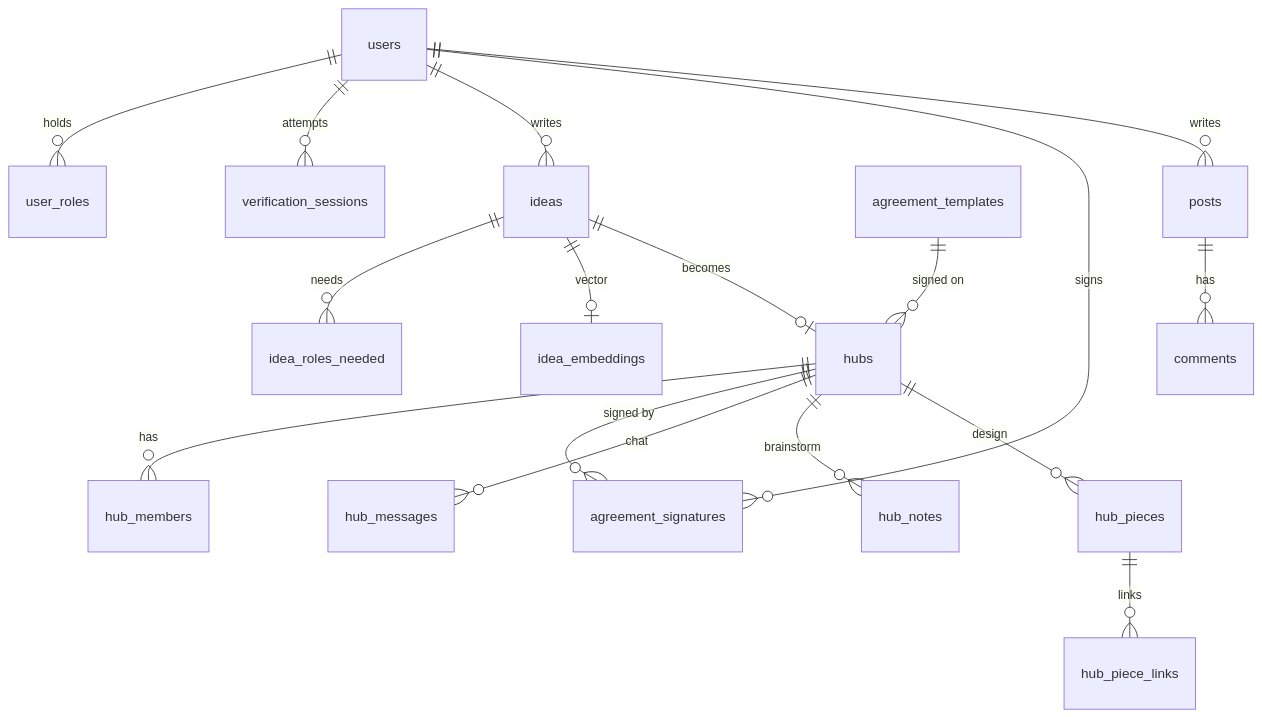
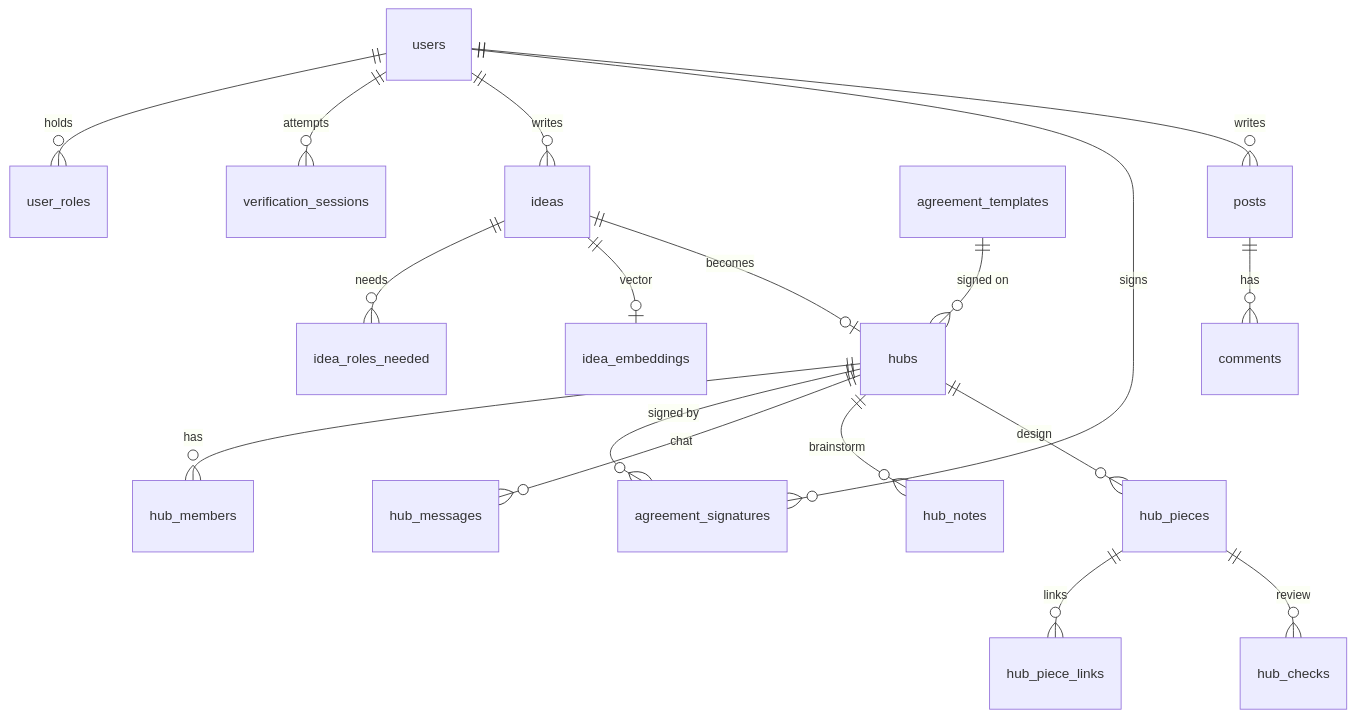
One commit to AI-UNIPOD/Village-Sqwhere-ACODEV changed the second of 2 diagrams in infra/README.md. Above: the diagram before and after it, drawn with Mermaid. The commit also changed other lines of this file and 4 other files, not shown here.

````diff
--- a/infra/README.md
+++ b/infra/README.md
@@ -28,19 +28,20 @@
 ```mermaid
 erDiagram
   users ||--o{ user_roles : "holds"
   users ||--o{ verification_sessions : "attempts"
   users ||--o{ ideas : "writes"
   ideas ||--o{ idea_roles_needed : "needs"
   ideas ||--o| idea_embeddings : "vector"
   ideas ||--o| hubs : "becomes"
   agreement_templates ||--o{ hubs : "signed on"
   hubs ||--o{ hub_members : "has"
   hubs ||--o{ agreement_signatures : "signed by"
   users ||--o{ agreement_signatures : "signs"
   hubs ||--o{ hub_messages : "chat"
   hubs ||--o{ hub_notes : "brainstorm"
   hubs ||--o{ hub_pieces : "design"
   hub_pieces ||--o{ hub_piece_links : "links"
+  hub_pieces ||--o{ hub_checks : "review"
   users ||--o{ posts : "writes"
   posts ||--o{ comments : "has"
 ```
````
